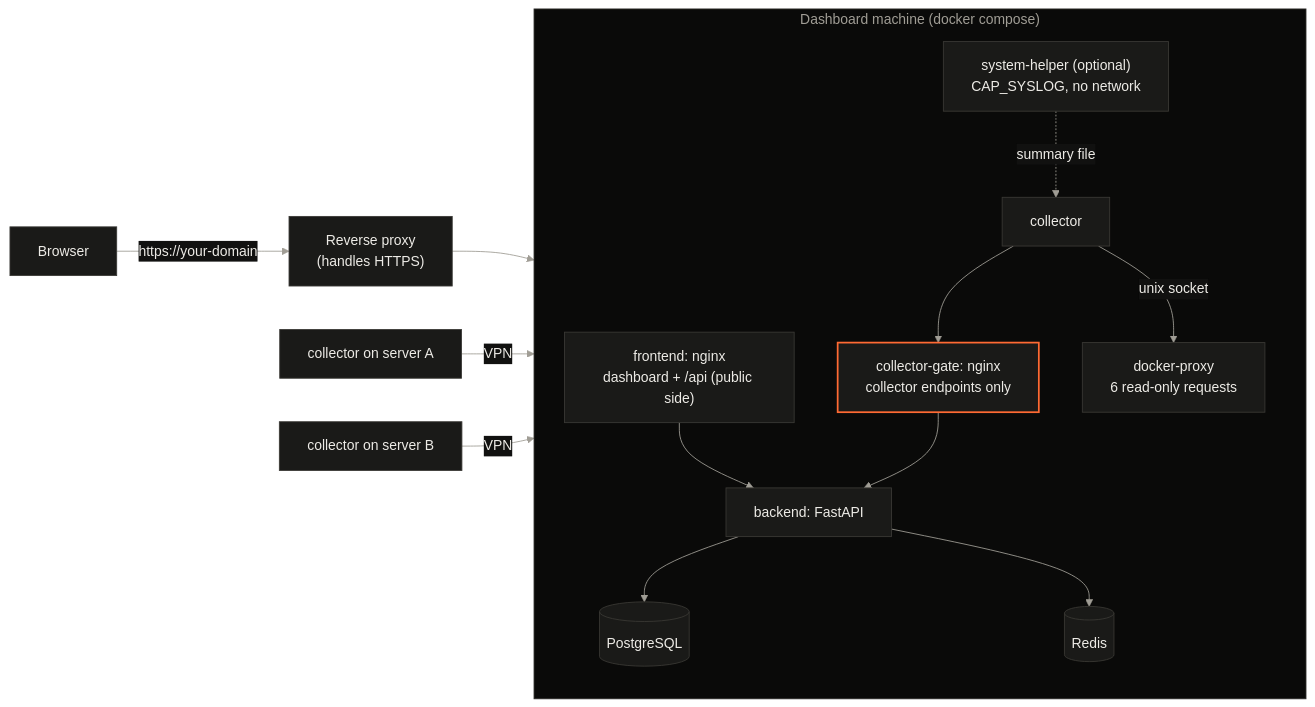
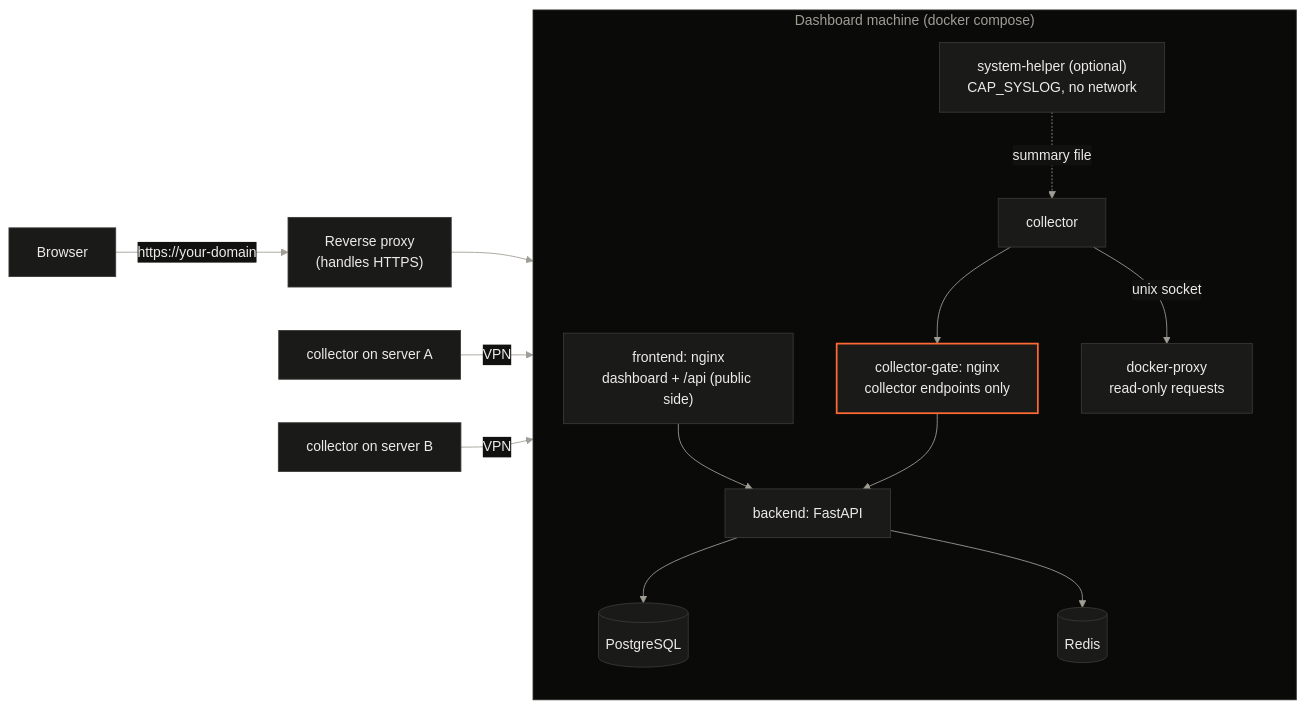
The diagram in README.md (karloks2005/Infradeck), drawn with Mermaid before and after one commit. The commit also changed other lines of this file, not shown here.

````diff
--- a/README.md
+++ b/README.md
@@ -91,50 +118,50 @@
 ```mermaid
 ---
 config:
   theme: base
   look: classic
   themeVariables:
     darkMode: true
     background: "#111110"
     fontFamily: "Geist, Helvetica Neue, Helvetica, sans-serif"
     fontSize: "16px"
     primaryColor: "#1A1A18"
     primaryTextColor: "#EDEBE6"
     primaryBorderColor: "#3A3935"
     secondaryColor: "#1A1A18"
     tertiaryColor: "#111110"
     lineColor: "#A09D95"
     textColor: "#EDEBE6"
     clusterBkg: "#0A0A09"
     clusterBorder: "#2C2B28"
     titleColor: "#A09D95"
     edgeLabelBackground: "#111110"
   flowchart:
     curve: basis
     padding: 16
     useMaxWidth: true
     wrappingWidth: 200
     minNodeWidth: 0
 ---
 flowchart LR
     subgraph main["Dashboard machine (docker compose)"]
         direction TB
         proxy["frontend: nginx<br/>dashboard + /api (public side)"] --> backend["backend: FastAPI"]
         gate["collector-gate: nginx<br/>collector endpoints only"] --> backend
         backend --> pg[(PostgreSQL)]
         backend --> redis[(Redis)]
         localc["collector"] --> gate
-        localc -->|"unix socket"| dproxy["docker-proxy<br/>6 read-only requests"]
+        localc -->|"unix socket"| dproxy["docker-proxy<br/>read-only requests"]
         helper["system-helper (optional)<br/>CAP_SYSLOG, no network"] -.->|"summary file"| localc
     end
     browser["Browser"] -->|"https://your-domain"| rproxy["Reverse proxy<br/>(handles HTTPS)"]
     rproxy --> proxy
     c1["collector on server A"] -->|"VPN"| gate
     c2["collector on server B"] -->|"VPN"| gate
 
     classDef default fill:#1A1A18,stroke:#3A3935,stroke-width:1px,color:#EDEBE6
     classDef accent fill:#1A1A18,stroke:#FF6A33,stroke-width:2px,color:#EDEBE6
     class gate accent
     style main fill:#0A0A09,stroke:#2C2B28,color:#A09D95
     linkStyle default stroke:#A09D95,stroke-width:1px
 ```
````
